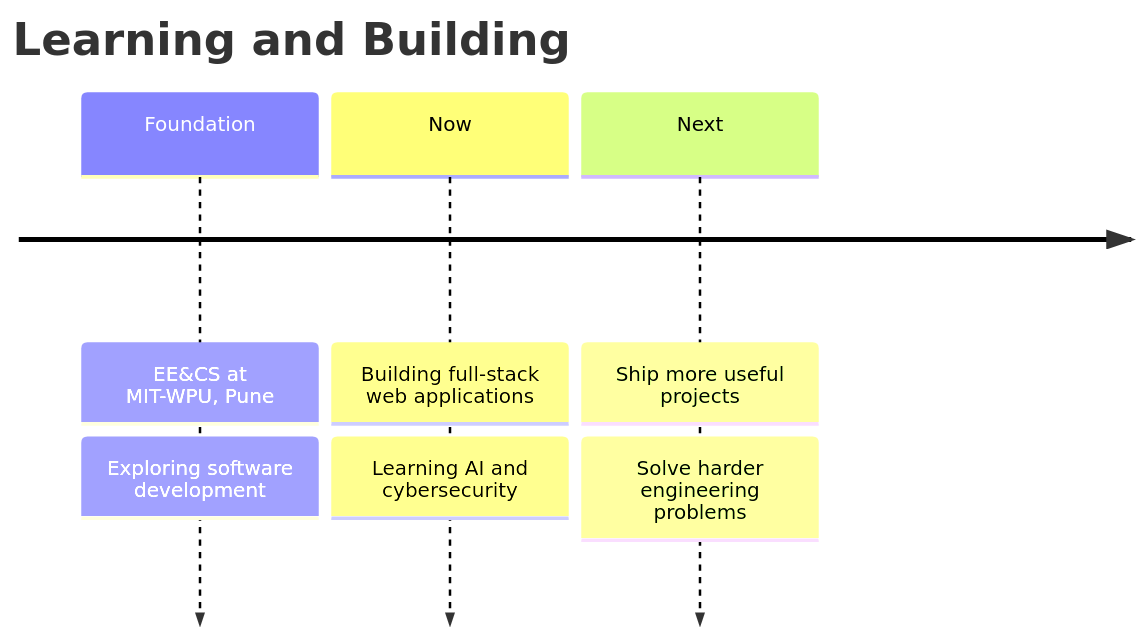
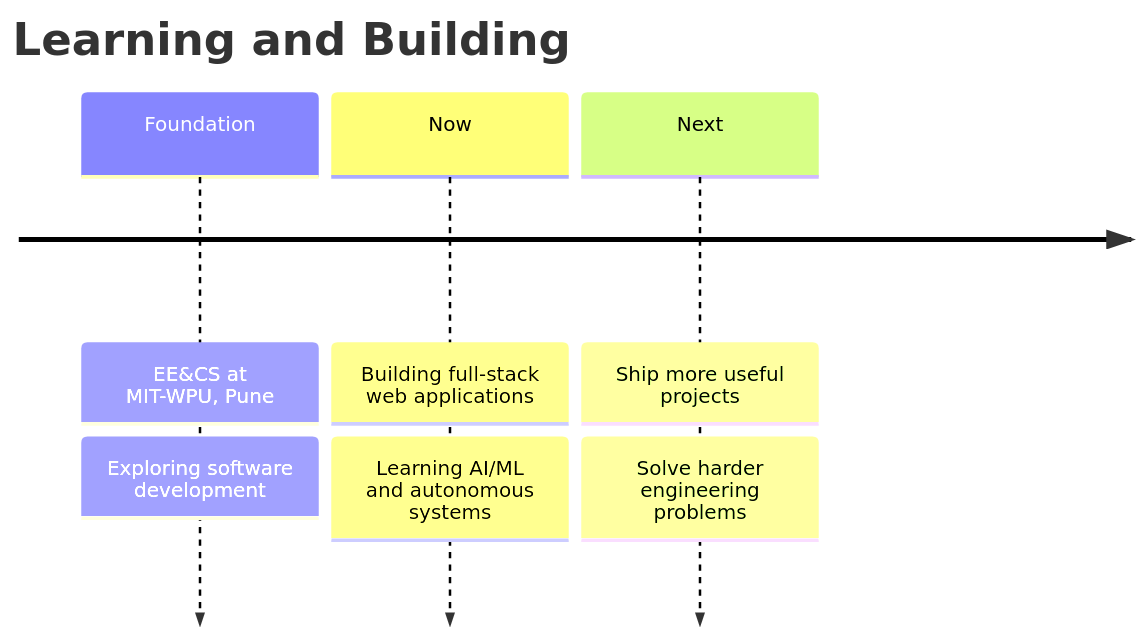
One commit to harshc17/harshc17 changed the diagram in README.md. Above: the diagram before and after it, drawn with Mermaid. The commit also changed other lines of this file, not shown here.

````diff
--- a/README.md
+++ b/README.md
@@ -40,7 +40,7 @@
 ```mermaid
 timeline
     title Learning and Building
     Foundation : EE&CS at MIT-WPU, Pune : Exploring software development
-    Now : Building full-stack web applications : Learning AI and cybersecurity
+    Now : Building full-stack web applications : Learning AI/ML and autonomous systems
     Next : Ship more useful projects : Solve harder engineering problems
 ```
````
